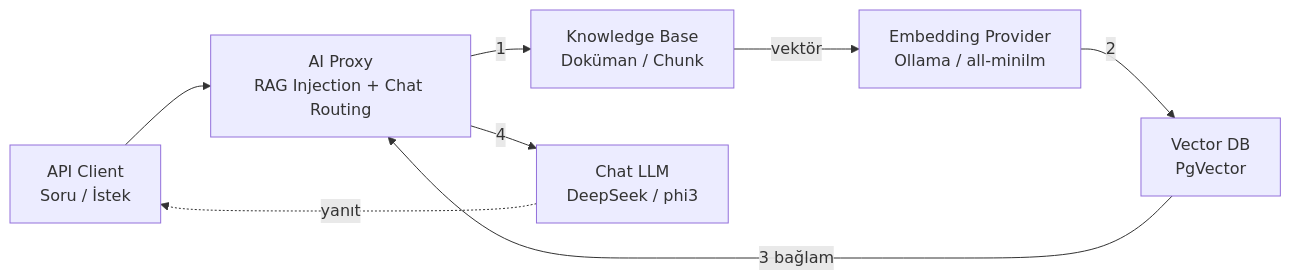
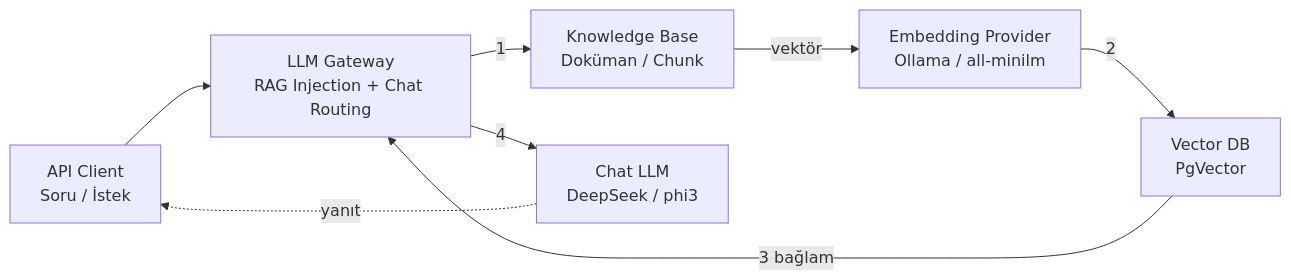
One commit to apinizer/docs changed the diagram in tr/tutorials/ai-proxy-senaryolari/rag-embedding-provider-ve-vector-db.mdx. Above: the diagram before and after it, drawn with Mermaid. The commit also changed other lines of this file and 21 other files, not shown here.

First line of the commit message:
docs: LLM Gateway naming outside ai-gateway pages (alarm scope, traffic, identity, tutorials, articles)

````diff
--- a/tr/tutorials/ai-proxy-senaryolari/rag-embedding-provider-ve-vector-db.mdx
+++ b/tr/tutorials/ai-proxy-senaryolari/rag-embedding-provider-ve-vector-db.mdx
@@ -15,10 +15,10 @@
 ```mermaid
 flowchart LR
-  A["API Client<br/>Soru / İstek"] --> B["AI Proxy<br/>RAG Injection + Chat Routing"]
+  A["API Client<br/>Soru / İstek"] --> B["LLM Gateway<br/>RAG Injection + Chat Routing"]
   B -->|"1"| C["Knowledge Base<br/>Doküman / Chunk"]
   C -->|"vektör"| D["Embedding Provider<br/>Ollama / all-minilm"]
   D -->|"2"| E["Vector DB<br/>PgVector"]
   E -->|"3 bağlam"| B
   B -->|"4"| F["Chat LLM<br/>DeepSeek / phi3"]
   F -.->|"yanıt"| A
 ```
````
